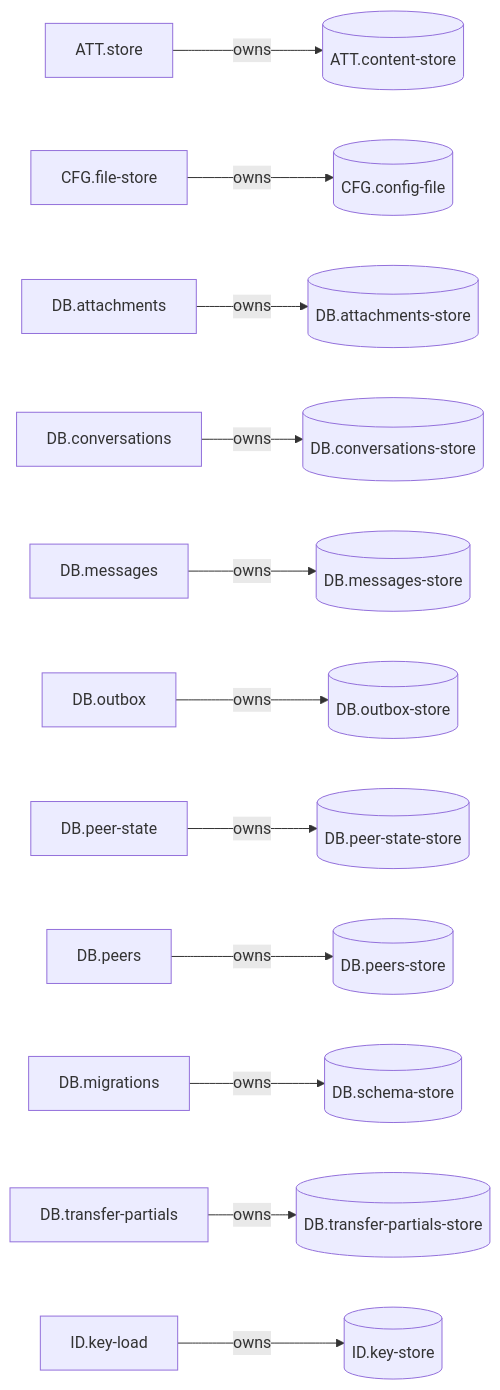
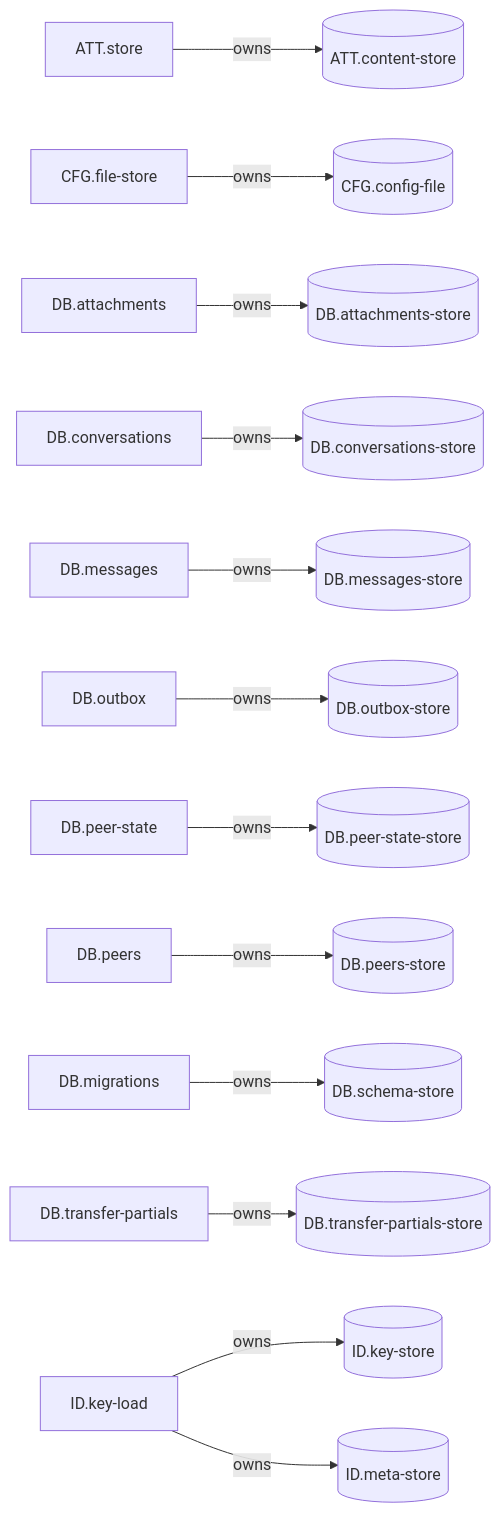
The diagram in docs/systems/generated/state.md (TICO-CO/TiConnect), drawn with Mermaid before and after one commit. The commit also changed other lines of this file and 84 other files, not shown here.

````diff
--- a/docs/systems/generated/state.md
+++ b/docs/systems/generated/state.md
@@ -5,14 +5,15 @@
 ```mermaid
 flowchart LR
   s_n_att_store["ATT.store"] -->|owns| st_n_att_content_store[("ATT.content-store")]
   s_n_cfg_file_store["CFG.file-store"] -->|owns| st_n_cfg_config_file[("CFG.config-file")]
   s_n_db_attachments["DB.attachments"] -->|owns| st_n_db_attachments_store[("DB.attachments-store")]
   s_n_db_conversations["DB.conversations"] -->|owns| st_n_db_conversations_store[("DB.conversations-store")]
   s_n_db_messages["DB.messages"] -->|owns| st_n_db_messages_store[("DB.messages-store")]
   s_n_db_outbox["DB.outbox"] -->|owns| st_n_db_outbox_store[("DB.outbox-store")]
   s_n_db_peer_state["DB.peer-state"] -->|owns| st_n_db_peer_state_store[("DB.peer-state-store")]
   s_n_db_peers["DB.peers"] -->|owns| st_n_db_peers_store[("DB.peers-store")]
   s_n_db_migrations["DB.migrations"] -->|owns| st_n_db_schema_store[("DB.schema-store")]
   s_n_db_transfer_partials["DB.transfer-partials"] -->|owns| st_n_db_transfer_partials_store[("DB.transfer-partials-store")]
   s_n_id_key_load["ID.key-load"] -->|owns| st_n_id_key_store[("ID.key-store")]
+  s_n_id_key_load["ID.key-load"] -->|owns| st_n_id_meta_store[("ID.meta-store")]
 ```
````
